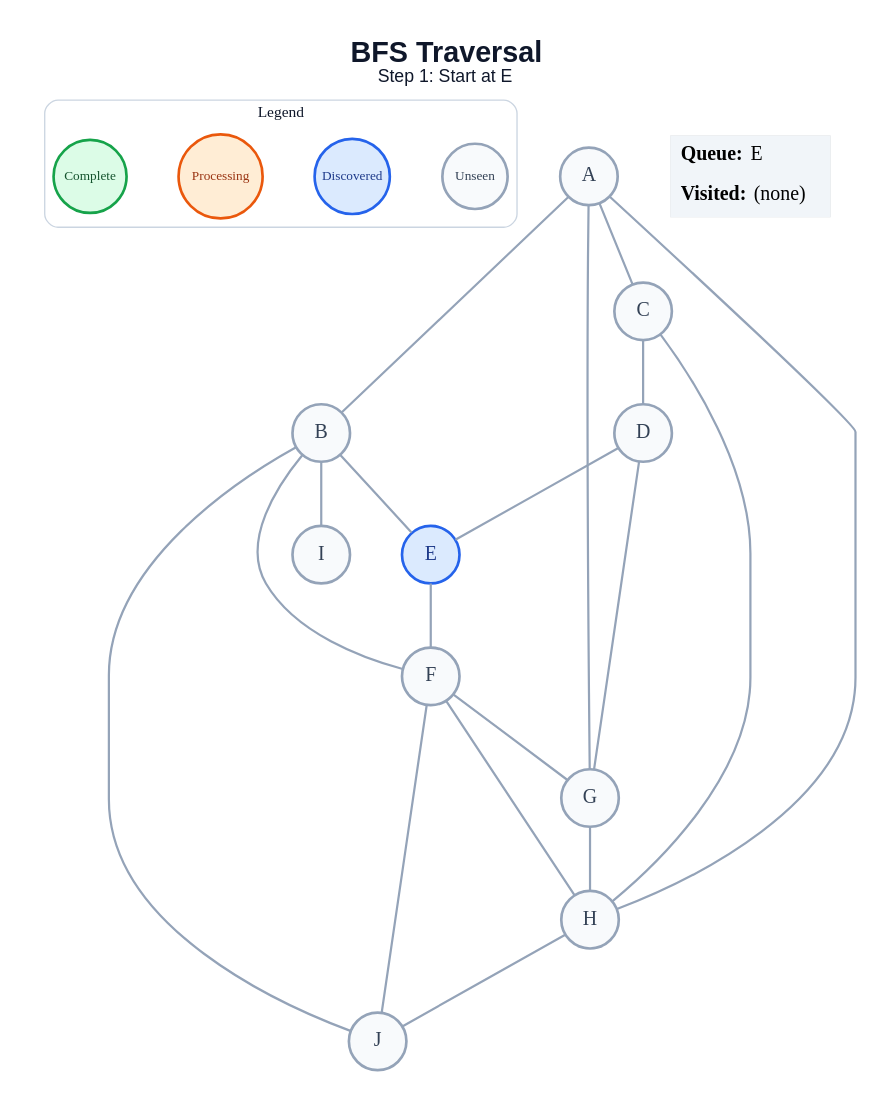
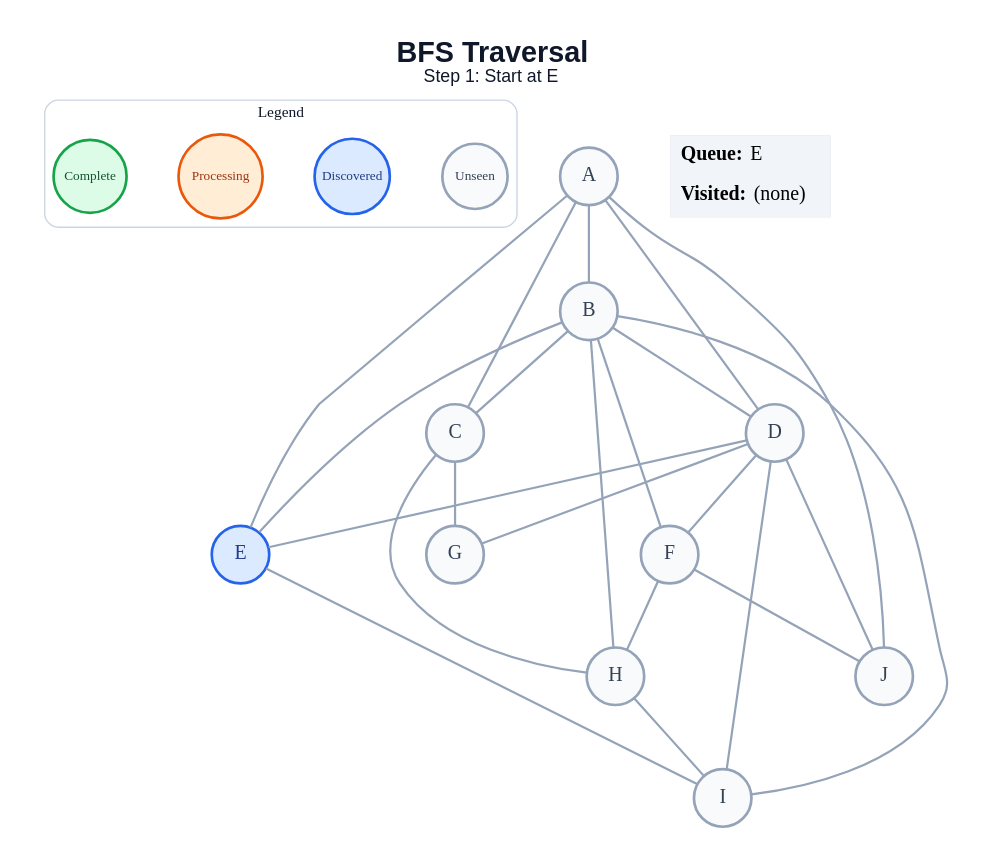
One commit to anon7238593-create/ai-slop changed the diagram in generated/specific-node/bfs/step_01.dot. Above: the diagram before and after it, drawn with Graphviz. The commit also changed 178 other files, not shown here.

```diff
--- a/generated/specific-node/bfs/step_01.dot
+++ b/generated/specific-node/bfs/step_01.dot
@@ -1,47 +1,51 @@
 graph traversal {
   graph [layout=dot, rankdir=TB, bgcolor="#FFFFFF", pad="0.35", nodesep="0.65", ranksep="0.8", fontname="Arial"];
   node [shape=circle, style="filled", fontname="Arial Bold", fontsize=18, width=0.72, fixedsize=true, penwidth=2.4];
   edge [color="#94A3B8", penwidth=2.0];
   label=<<B>BFS Traversal</B><BR/><FONT POINT-SIZE="16">Step 1: Start at E</FONT>>; labelloc="t"; fontsize=26; fontname="Arial"; fontcolor="#0F172A";
   subgraph cluster_legend { label="Legend"; color="#CBD5E1"; penwidth=1.2; style="rounded"; fontsize=14; fontname="Arial Bold";
     key_unseen [label="Unseen", fillcolor="#F8FAFC", color="#94A3B8", fontcolor="#334155", fontsize=12, width=0.82];
     key_frontier [label="Discovered", fillcolor="#DBEAFE", color="#2563EB", fontcolor="#1E3A8A", fontsize=12, width=0.95];
     key_current [label="Processing", fillcolor="#FFEDD5", color="#EA580C", fontcolor="#9A3412", fontsize=12, width=1.05];
     key_done [label="Complete", fillcolor="#DCFCE7", color="#16A34A", fontcolor="#14532D", fontsize=12, width=0.92];
     { rank=same; key_unseen; key_frontier; key_current; key_done; }
   }
   A [fillcolor="#F8FAFC", color="#94A3B8", fontcolor="#334155"];
   B [fillcolor="#F8FAFC", color="#94A3B8", fontcolor="#334155"];
   C [fillcolor="#F8FAFC", color="#94A3B8", fontcolor="#334155"];
   D [fillcolor="#F8FAFC", color="#94A3B8", fontcolor="#334155"];
   E [fillcolor="#DBEAFE", color="#2563EB", fontcolor="#1E3A8A"];
   F [fillcolor="#F8FAFC", color="#94A3B8", fontcolor="#334155"];
   G [fillcolor="#F8FAFC", color="#94A3B8", fontcolor="#334155"];
   H [fillcolor="#F8FAFC", color="#94A3B8", fontcolor="#334155"];
   I [fillcolor="#F8FAFC", color="#94A3B8", fontcolor="#334155"];
   J [fillcolor="#F8FAFC", color="#94A3B8", fontcolor="#334155"];
   A -- B;
   A -- C;
-  A -- G;
-  A -- H;
+  A -- D;
+  A -- E;
+  A -- J;
+  B -- C;
+  B -- D;
   B -- E;
   B -- F;
+  B -- H;
   B -- I;
-  B -- J;
-  C -- D;
+  C -- G;
   C -- H;
   D -- E;
+  D -- F;
   D -- G;
-  E -- F;
-  F -- G;
+  D -- I;
+  D -- J;
+  E -- I;
   F -- H;
   F -- J;
-  G -- H;
-  H -- J;
+  H -- I;
   status [shape=plain, fixedsize=false, width=0, height=0, margin=0, label=<
     <TABLE BORDER="0" CELLBORDER="0" CELLPADDING="7" BGCOLOR="#F1F5F9">
       <TR><TD ALIGN="LEFT"><B>Queue:</B> E</TD></TR>
       <TR><TD ALIGN="LEFT"><B>Visited:</B> (none)</TD></TR>
     </TABLE>
   >];
 }
```
